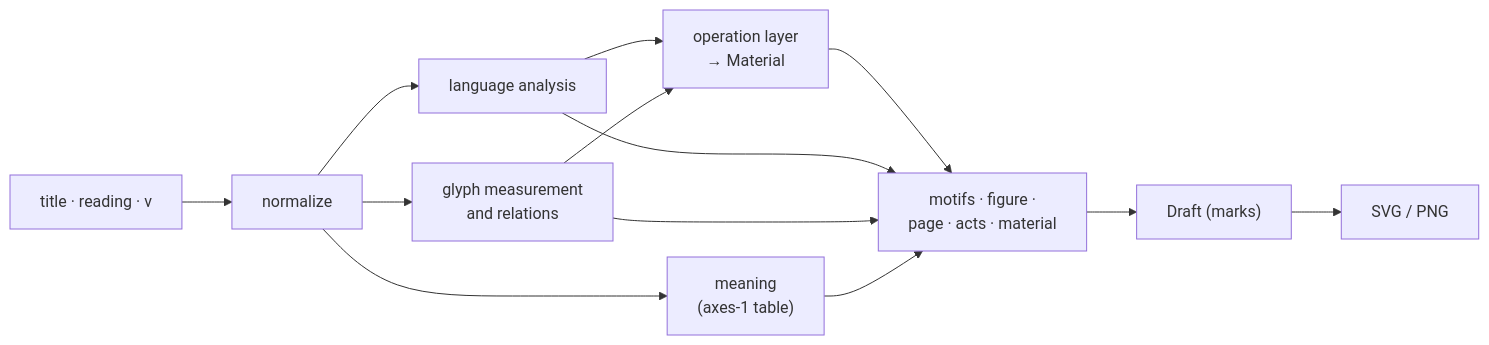
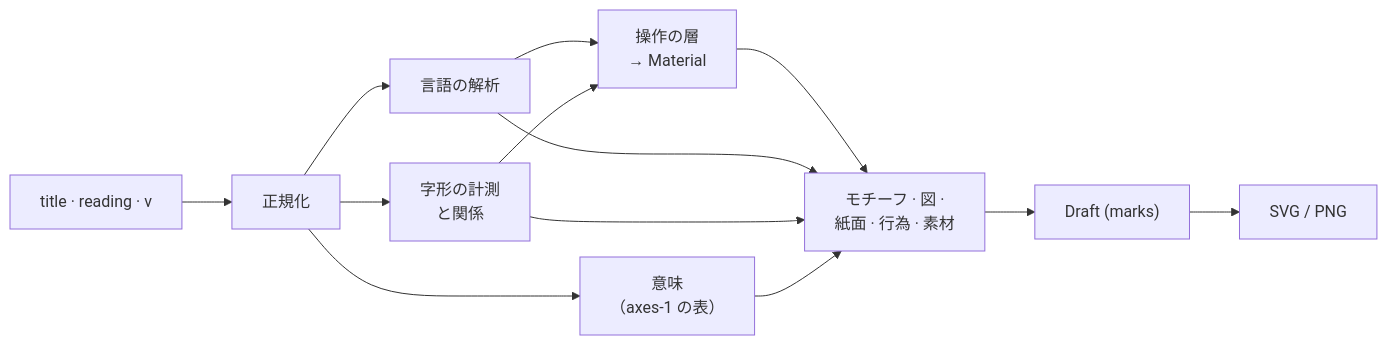
Before and after one commit to endoftheyukky/kotoba-no-katachi: the diagram in README.md, drawn with Mermaid. The commit also changed other lines of this file and 13 other files, not shown here.

````diff
--- a/README.md
+++ b/README.md
@@ -33,15 +33,15 @@
 ```mermaid
 flowchart LR
-  IN["title · reading · v"] --> NT["normalize"]
-  NT --> LA["language analysis"]
-  NT --> GL["glyph measurement<br/>and relations"]
-  NT --> SE["meaning<br/>(axes-1 table)"]
-  LA --> OP["operation layer<br/>→ Material"]
+  IN["title · reading · v"] --> NT["正規化"]
+  NT --> LA["言語の解析"]
+  NT --> GL["字形の計測<br/>と関係"]
+  NT --> SE["意味<br/>（axes-1 の表）"]
+  LA --> OP["操作の層<br/>→ Material"]
   GL --> OP
-  OP --> PG["motifs · figure ·<br/>page · acts · material"]
+  OP --> PG["モチーフ · 図 ·<br/>紙面 · 行為 · 素材"]
   LA --> PG
   GL --> PG
   SE --> PG
   PG --> D["Draft (marks)"]
   D --> R["SVG / PNG"]
 ```
````
